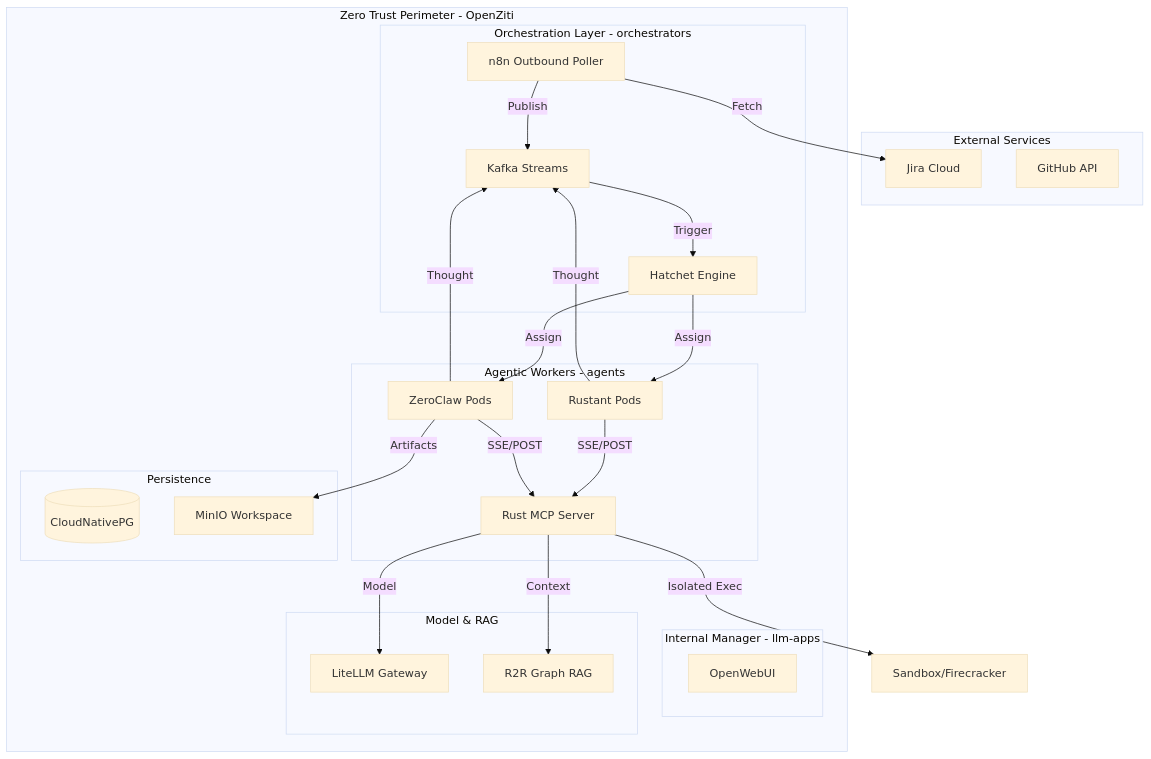
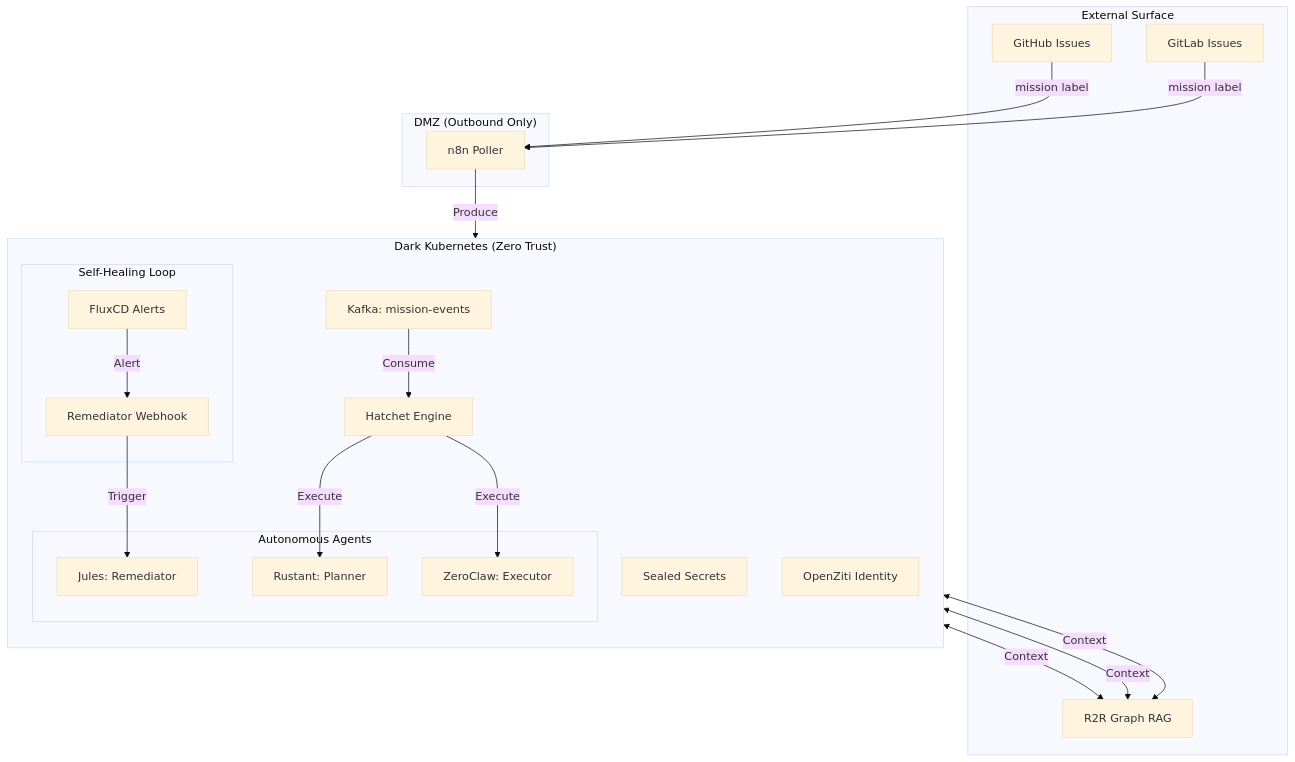
Before and after one commit to lgcorzo/rust_CACD_autonomous_factory: the first of 2 diagrams in wiki/architecture.md, drawn with Mermaid (base theme). The commit also changed other lines of this file and 7 other files, not shown here.

Commit message:
refactor: replace Jira with GitHub/GitLab integration and add Jules agent to documentation

````diff
--- a/wiki/architecture.md
+++ b/wiki/architecture.md
@@ -9,49 +9,44 @@
 ```mermaid
 graph TB
-    subgraph "External Services"
-        JIRA[Jira Cloud]
-        GIT[GitHub API]
+    subgraph "External Surface"
+        GH[GitHub Issues]
+        GL[GitLab Issues]
+        R2R[R2R Graph RAG]
     end
 
-    subgraph "Zero Trust Perimeter - OpenZiti"
-        subgraph "Internal Manager - llm-apps"
-            OWUI[OpenWebUI]
+    subgraph "DMZ (Outbound Only)"
+        NP[n8n Poller]
+    end
+
+    subgraph "Dark Kubernetes (Zero Trust)"
+        direction TB
+        K[Kafka: mission-events]
+        H[Hatchet Engine]
+        
+        subgraph "Autonomous Agents"
+            R[Rustant: Planner]
+            Z[ZeroClaw: Executor]
+            J[Jules: Remediator]
         end
 
-        subgraph "Orchestration Layer - orchestrators"
-            n8n[n8n Outbound Poller]
-            HATCHET[Hatchet Engine]
-            KAFKA[Kafka Streams]
+        subgraph "Self-Healing Loop"
+            FC[FluxCD Alerts]
+            RW[Remediator Webhook]
         end
-
-        subgraph "Agentic Workers - agents"
-            RUSTANT[Rustant Pods]
-            ZEROCLAW[ZeroClaw Pods]
-            F_MCP[Rust MCP Server]
-        end
-
-        subgraph "Model & RAG"
-            LITELLM[LiteLLM Gateway]
-            R2R[R2R Graph RAG]
-        end
-
-        subgraph "Persistence"
-            PG[(CloudNativePG)]
-            MINIO[MinIO Workspace]
-        end
+        
+        S[Sealed Secrets]
+        OZ[OpenZiti Identity]
     end
 
-    n8n -->|Fetch| JIRA
-    n8n -->|Publish| KAFKA
-    KAFKA -->|Trigger| HATCHET
-    HATCHET -->|Assign| RUSTANT
-    HATCHET -->|Assign| ZEROCLAW
-    RUSTANT -->|Thought| KAFKA
-    ZEROCLAW -->|Thought| KAFKA
-    RUSTANT -->|SSE/POST| F_MCP
-    ZEROCLAW -->|SSE/POST| F_MCP
-    F_MCP -->|Model| LITELLM
-    F_MCP -->|Context| R2R
-    F_MCP -->|Isolated Exec| SANDBOX[Sandbox/Firecracker]
-    ZEROCLAW -->|Artifacts| MINIO
+    GH -->|mission label| NP
+    GL -->|mission label| NP
+    NP -->|Produce| K
+    FC -->|Alert| RW
+    RW -->|Trigger| J
+    K -->|Consume| H
+    H -->|Execute| R
+    H -->|Execute| Z
+    R <-->|Context| R2R
+    Z <-->|Context| R2R
+    J <-->|Context| R2R
 ```
````
